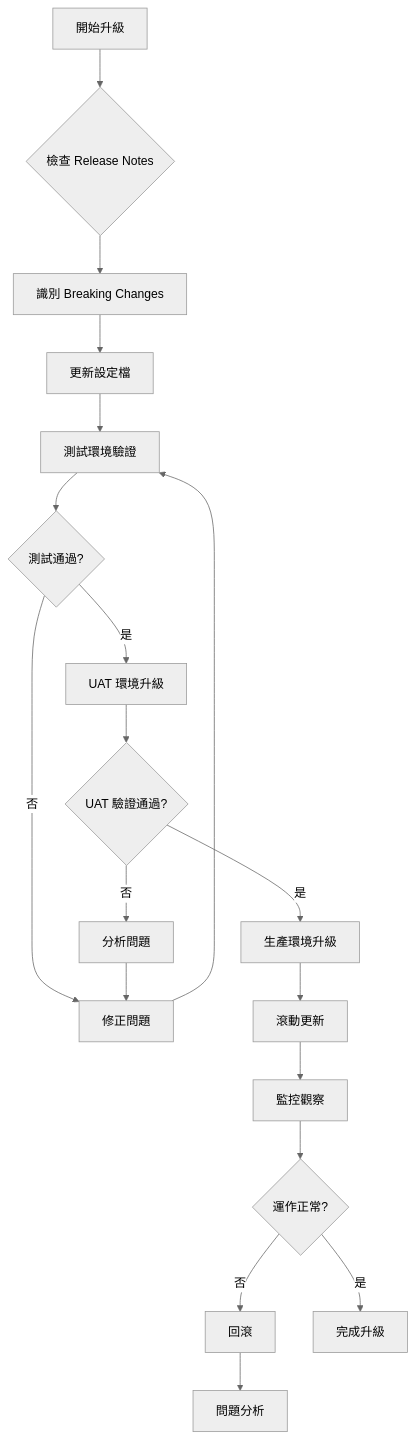
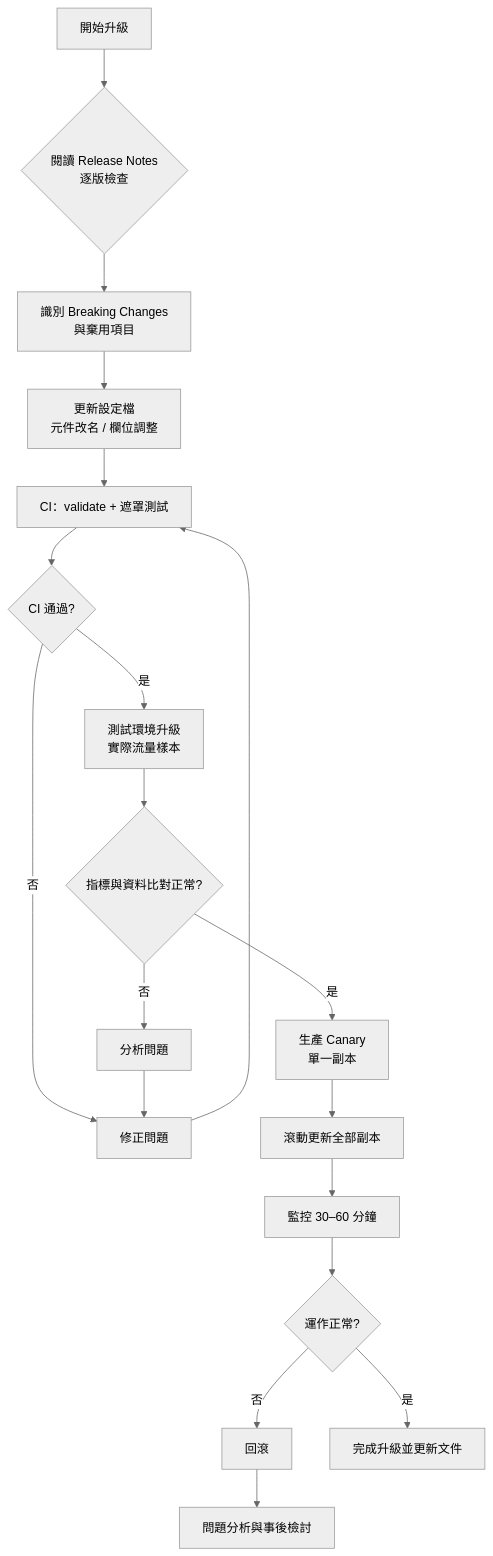
Diagram 15 of 19 in content/posts/教學/工具/OpenTelemetry教學手冊.md (chihhung/Blog), drawn with Mermaid (neutral theme) before and after one commit. The commit also changed other lines of this file and 8 other files, not shown here.

````diff
--- a/content/posts/教學/工具/OpenTelemetry教學手冊.md
+++ b/content/posts/教學/工具/OpenTelemetry教學手冊.md
@@ -2057,21 +4082,21 @@
 ```mermaid
 flowchart TB
-    A[開始升級] --> B{檢查 Release Notes}
-    B --> C[識別 Breaking Changes]
-    C --> D[更新設定檔]
-    D --> E[測試環境驗證]
-    E --> F{測試通過?}
+    A[開始升級] --> B{閱讀 Release Notes<br/>逐版檢查}
+    B --> C[識別 Breaking Changes<br/>與棄用項目]
+    C --> D[更新設定檔<br/>元件改名 / 欄位調整]
+    D --> E[CI：validate + 遮罩測試]
+    E --> F{CI 通過?}
     F -->|否| G[修正問題]
     G --> E
-    F -->|是| H[UAT 環境升級]
-    H --> I{UAT 驗證通過?}
+    F -->|是| H[測試環境升級<br/>實際流量樣本]
+    H --> I{指標與資料比對正常?}
     I -->|否| J[分析問題]
     J --> G
-    I -->|是| K[生產環境升級]
-    K --> L[滾動更新]
-    L --> M[監控觀察]
+    I -->|是| K[生產 Canary<br/>單一副本]
+    K --> L[滾動更新全部副本]
+    L --> M[監控 30–60 分鐘]
     M --> N{運作正常?}
     N -->|否| O[回滾]
-    O --> P[問題分析]
-    N -->|是| Q[完成升級]
+    O --> P[問題分析與事後檢討]
+    N -->|是| Q[完成升級並更新文件]
 ```
````
